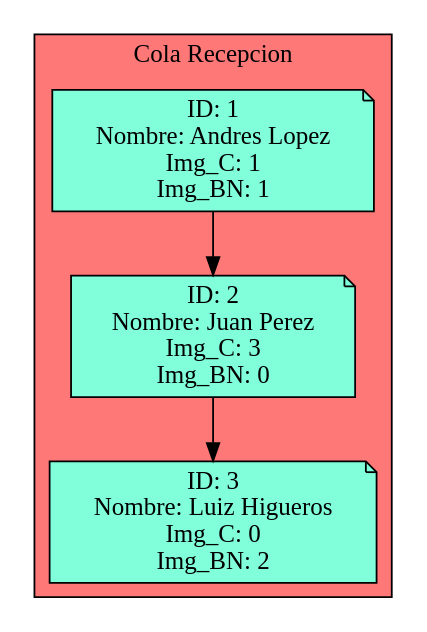
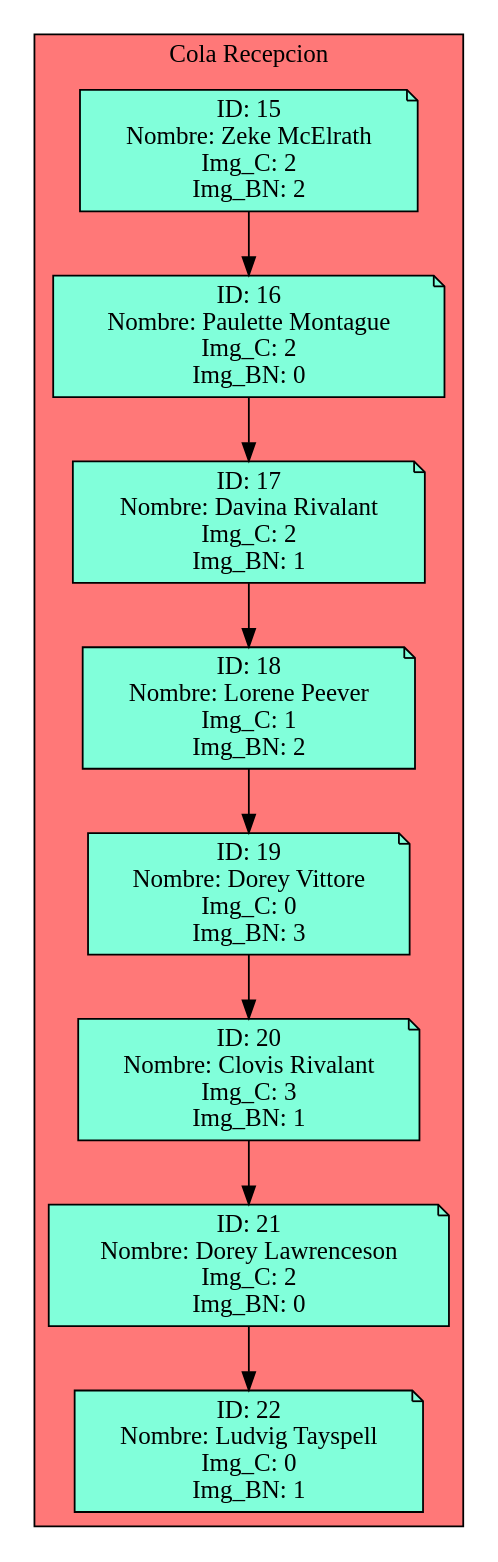
The diagram in Cola_Reception.dot (Serch-ING/EDD_UDRAWING_202000119), drawn with Graphviz before and after one commit. The commit also changed 16 other files, not shown here.

```diff
--- a/Cola_Reception.dot
+++ b/Cola_Reception.dot
@@ -1,20 +1,45 @@
 digraph L {
 node[shape=note fillcolor="#A181FF" style =filled]
 subgraph cluster_p{
     label= " Cola Recepcion "
     bgcolor = "#FF7878"
-Nodo565372776[label="ID: 1
-Nombre: Andres Lopez
+Nodo1888442711[label="ID: 15
+Nombre: Zeke McElrath
+Img_C: 2
+Img_BN: 2",fillcolor="#81FFDA"]
+Nodo1780034814[label="ID: 16
+Nombre: Paulette Montague
+Img_C: 2
+Img_BN: 0",fillcolor="#81FFDA"]
+Nodo1360657223[label="ID: 17
+Nombre: Davina Rivalant
+Img_C: 2
+Img_BN: 1",fillcolor="#81FFDA"]
+Nodo1905485420[label="ID: 18
+Nombre: Lorene Peever
 Img_C: 1
+Img_BN: 2",fillcolor="#81FFDA"]
+Nodo1438098656[label="ID: 19
+Nombre: Dorey Vittore
+Img_C: 0
+Img_BN: 3",fillcolor="#81FFDA"]
+Nodo858952163[label="ID: 20
+Nombre: Clovis Rivalant
+Img_C: 3
 Img_BN: 1",fillcolor="#81FFDA"]
-Nodo1462044018[label="ID: 2
-Nombre: Juan Perez
-Img_C: 3
+Nodo1509791656[label="ID: 21
+Nombre: Dorey Lawrenceson
+Img_C: 2
 Img_BN: 0",fillcolor="#81FFDA"]
-Nodo1443435931[label="ID: 3
-Nombre: Luiz Higueros
+Nodo257608164[label="ID: 22
+Nombre: Ludvig Tayspell
 Img_C: 0
-Img_BN: 2",fillcolor="#81FFDA"]
-Nodo565372776 -> Nodo1462044018
-Nodo1462044018 -> Nodo1443435931
+Img_BN: 1",fillcolor="#81FFDA"]
+Nodo1888442711 -> Nodo1780034814
+Nodo1780034814 -> Nodo1360657223
+Nodo1360657223 -> Nodo1905485420
+Nodo1905485420 -> Nodo1438098656
+Nodo1438098656 -> Nodo858952163
+Nodo858952163 -> Nodo1509791656
+Nodo1509791656 -> Nodo257608164
 }}
```
